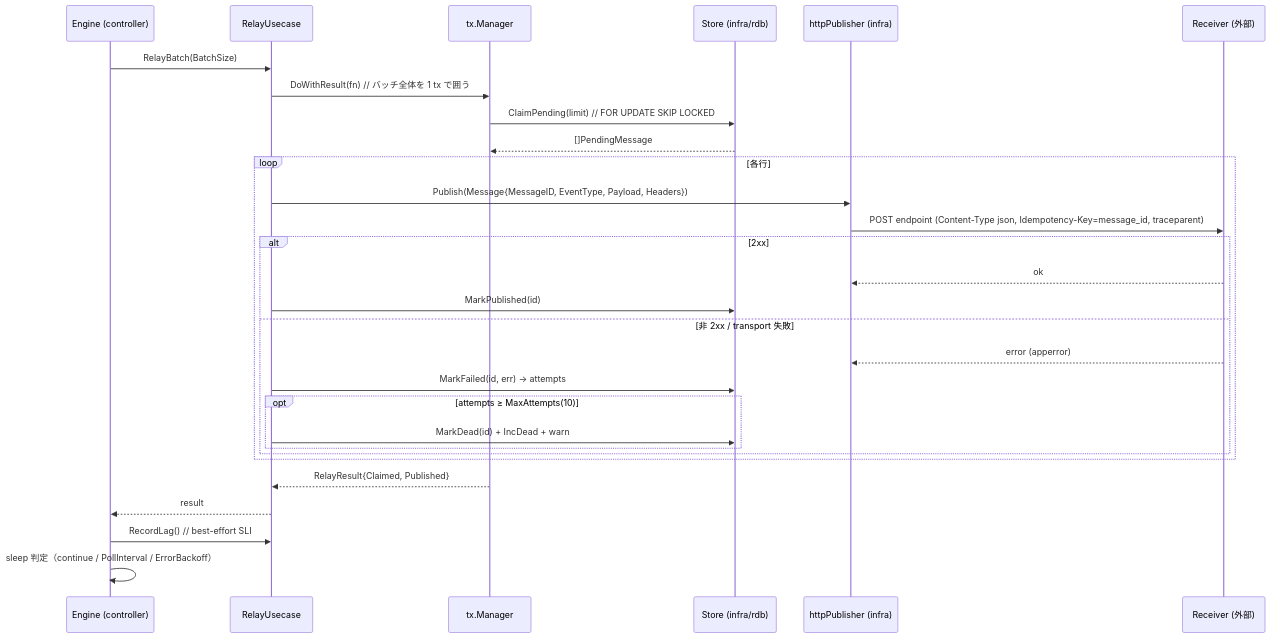
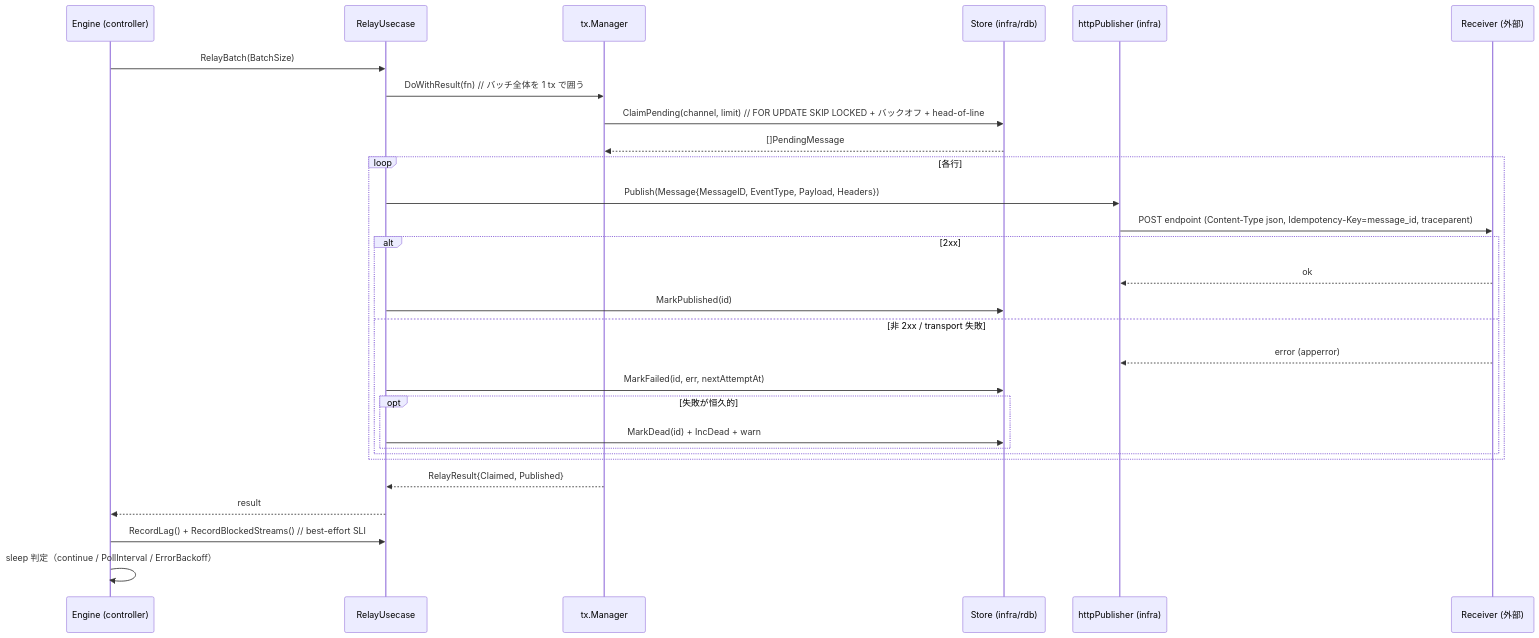
Before and after one commit to Tomy-ch/go-boilerplate: the fourth of 5 diagrams in docs/design/outbox.ja.md, drawn with Mermaid. The commit also changed other lines of this file and 19 other files, not shown here.

````diff
--- a/docs/design/outbox.ja.md
+++ b/docs/design/outbox.ja.md
@@ -176,31 +180,31 @@
 ```mermaid
 sequenceDiagram
     participant E as Engine (controller)
     participant U as RelayUsecase
     participant T as tx.Manager
     participant S as Store (infra/rdb)
     participant P as httpPublisher (infra)
     participant R as Receiver (外部)
     E->>U: RelayBatch(BatchSize)
     U->>T: DoWithResult(fn)  // バッチ全体を 1 tx で囲う
-    T->>S: ClaimPending(limit)  // FOR UPDATE SKIP LOCKED
+    T->>S: ClaimPending(channel, limit)  // FOR UPDATE SKIP LOCKED + バックオフ + head-of-line
     S-->>T: []PendingMessage
     loop 各行
         U->>P: Publish(Message{MessageID, EventType, Payload, Headers})
         P->>R: POST endpoint (Content-Type json, Idempotency-Key=message_id, traceparent)
         alt 2xx
             R-->>P: ok
             U->>S: MarkPublished(id)
         else 非 2xx / transport 失敗
             R-->>P: error (apperror)
-            U->>S: MarkFailed(id, err) → attempts
-            opt attempts ≥ MaxAttempts(10)
+            U->>S: MarkFailed(id, err, nextAttemptAt)
+            opt 失敗が恒久的
                 U->>S: MarkDead(id) + IncDead + warn
             end
         end
     end
     T-->>U: RelayResult{Claimed, Published}
     U-->>E: result
-    E->>U: RecordLag()  // best-effort SLI
+    E->>U: RecordLag() + RecordBlockedStreams()  // best-effort SLI
     E->>E: sleep 判定（continue / PollInterval / ErrorBackoff）
 ```
````
